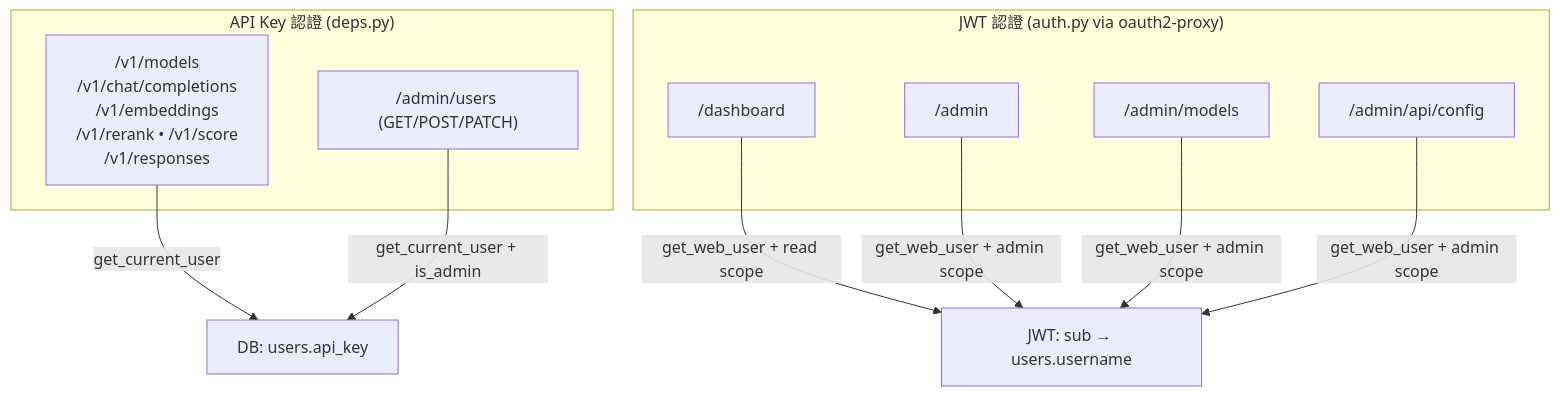
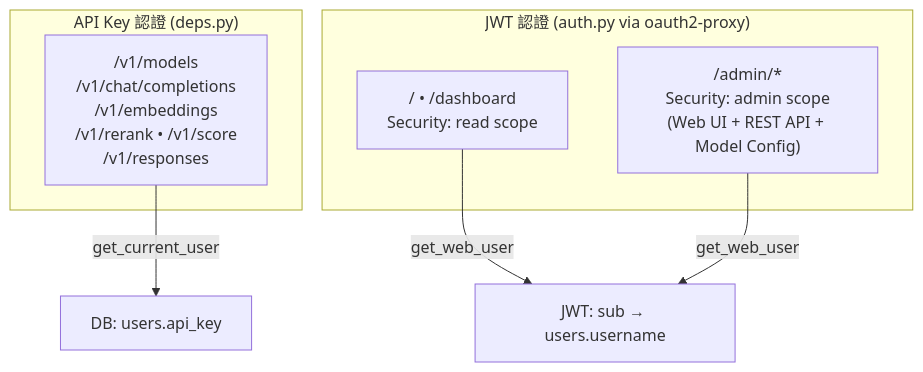
The second of 2 diagrams in app/routers/README.md (bwinken/llm-gateway), drawn with Mermaid before and after one commit. The commit also changed other lines of this file and 7 other files, not shown here.

First line of the commit message:
Unify auth: use FastAPI Security dependency, admin routes all JWT

````diff
--- a/app/routers/README.md
+++ b/app/routers/README.md
@@ -123,21 +123,15 @@
 ```mermaid
 graph TD
     subgraph "API Key 認證 (deps.py)"
         V1["/v1/models<br/>/v1/chat/completions<br/>/v1/embeddings<br/>/v1/rerank • /v1/score<br/>/v1/responses"]
-        AdminAPI["/admin/users (GET/POST/PATCH)"]
     end
 
     subgraph "JWT 認證 (auth.py via oauth2-proxy)"
-        Dashboard["/dashboard"]
-        AdminWeb["/admin"]
-        AdminModels["/admin/models"]
-        AdminConfig["/admin/api/config"]
+        Dashboard["/ • /dashboard<br/>Security: read scope"]
+        Admin["/admin/*<br/>Security: admin scope<br/>(Web UI + REST API + Model Config)"]
     end
 
     V1 -->|get_current_user| DB["DB: users.api_key"]
-    AdminAPI -->|get_current_user + is_admin| DB
-    Dashboard -->|get_web_user + read scope| JWT["JWT: sub → users.username"]
-    AdminWeb -->|get_web_user + admin scope| JWT
-    AdminModels -->|get_web_user + admin scope| JWT
-    AdminConfig -->|get_web_user + admin scope| JWT
+    Dashboard -->|get_web_user| JWT["JWT: sub → users.username"]
+    Admin -->|get_web_user| JWT
 ```
````
